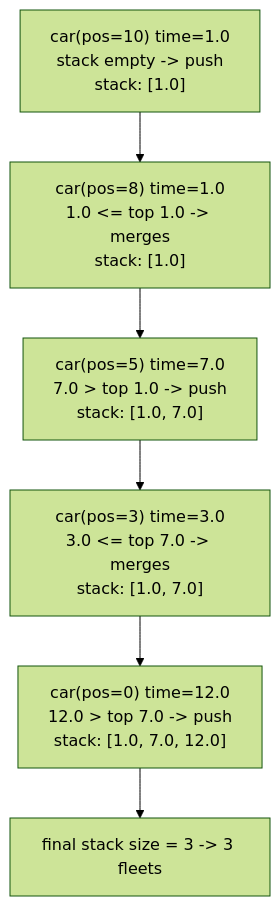
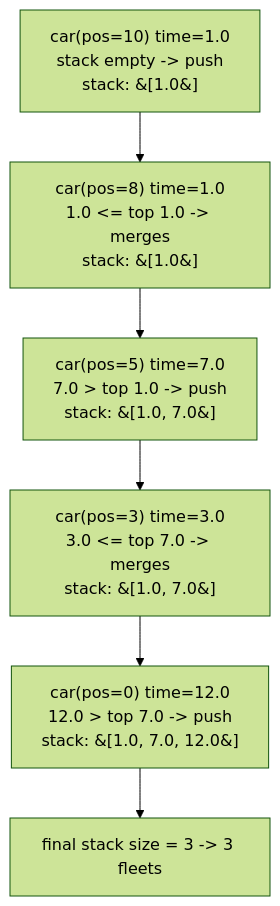
Before and after one commit to Aryan-Jadon18/dsa-placement-prep: the diagram in topics/04-stack/05-car-fleet/README.md, drawn with Mermaid (forest theme). The commit also changed 52 other files, not shown here.

First line of the commit message:
Fix Mermaid diagrams not rendering on GitHub

````diff
--- a/topics/04-stack/05-car-fleet/README.md
+++ b/topics/04-stack/05-car-fleet/README.md
@@ -48,8 +48,8 @@
 ```mermaid
 flowchart TD
-    A["car(pos=10) time=1.0<br/>stack empty -> push<br/>stack: [1.0]"] --> B["car(pos=8) time=1.0<br/>1.0 <= top 1.0 -> merges<br/>stack: [1.0]"]
-    B --> C["car(pos=5) time=7.0<br/>7.0 > top 1.0 -> push<br/>stack: [1.0, 7.0]"]
-    C --> D["car(pos=3) time=3.0<br/>3.0 <= top 7.0 -> merges<br/>stack: [1.0, 7.0]"]
-    D --> E["car(pos=0) time=12.0<br/>12.0 > top 7.0 -> push<br/>stack: [1.0, 7.0, 12.0]"]
+    A["car(pos=10) time=1.0<br/>stack empty -> push<br/>stack: &#91;1.0&#93;"] --> B["car(pos=8) time=1.0<br/>1.0 <= top 1.0 -> merges<br/>stack: &#91;1.0&#93;"]
+    B --> C["car(pos=5) time=7.0<br/>7.0 > top 1.0 -> push<br/>stack: &#91;1.0, 7.0&#93;"]
+    C --> D["car(pos=3) time=3.0<br/>3.0 <= top 7.0 -> merges<br/>stack: &#91;1.0, 7.0&#93;"]
+    D --> E["car(pos=0) time=12.0<br/>12.0 > top 7.0 -> push<br/>stack: &#91;1.0, 7.0, 12.0&#93;"]
     E --> F["final stack size = 3 -> 3 fleets"]
 ```
````
